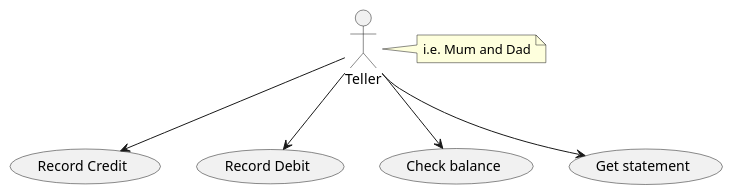
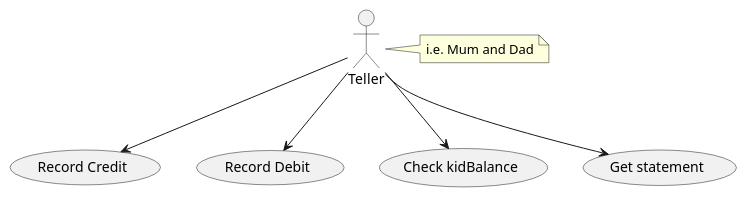
Before and after one commit to joaovicente/piggybank: the diagram in piggybank-rest/docs/use-cases.puml, drawn with PlantUML. The commit also changed 11 other files, not shown here.

```diff
--- a/piggybank-rest/docs/use-cases.puml
+++ b/piggybank-rest/docs/use-cases.puml
@@ -1,11 +1,11 @@
 @startuml
 
 actor Teller
 note right of Teller : i.e. Mum and Dad
 
 Teller --> (Record Credit)
 Teller --> (Record Debit)
-Teller --> (Check balance)
+Teller --> (Check kidBalance)
 Teller --> (Get statement)
 
 @enduml
```
